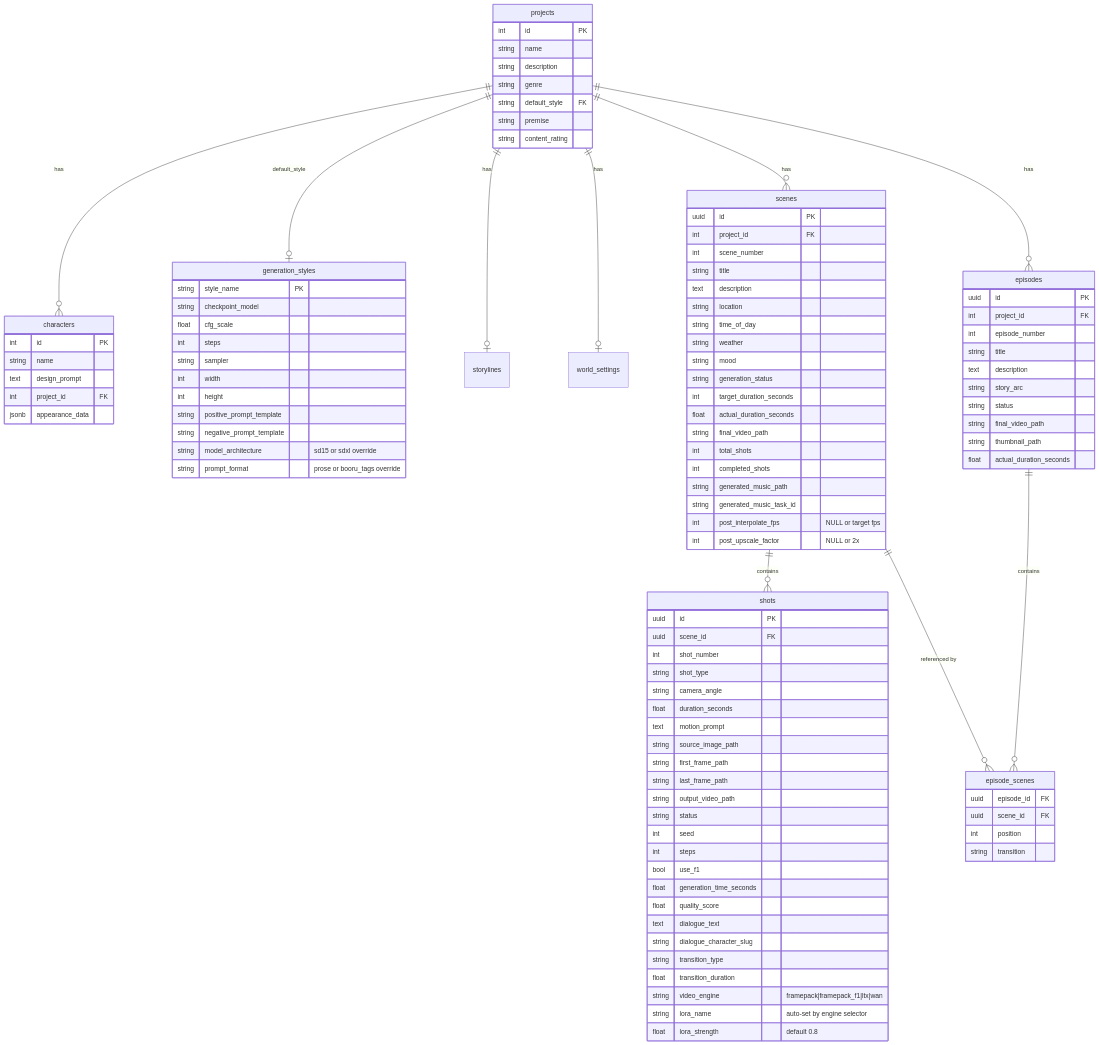
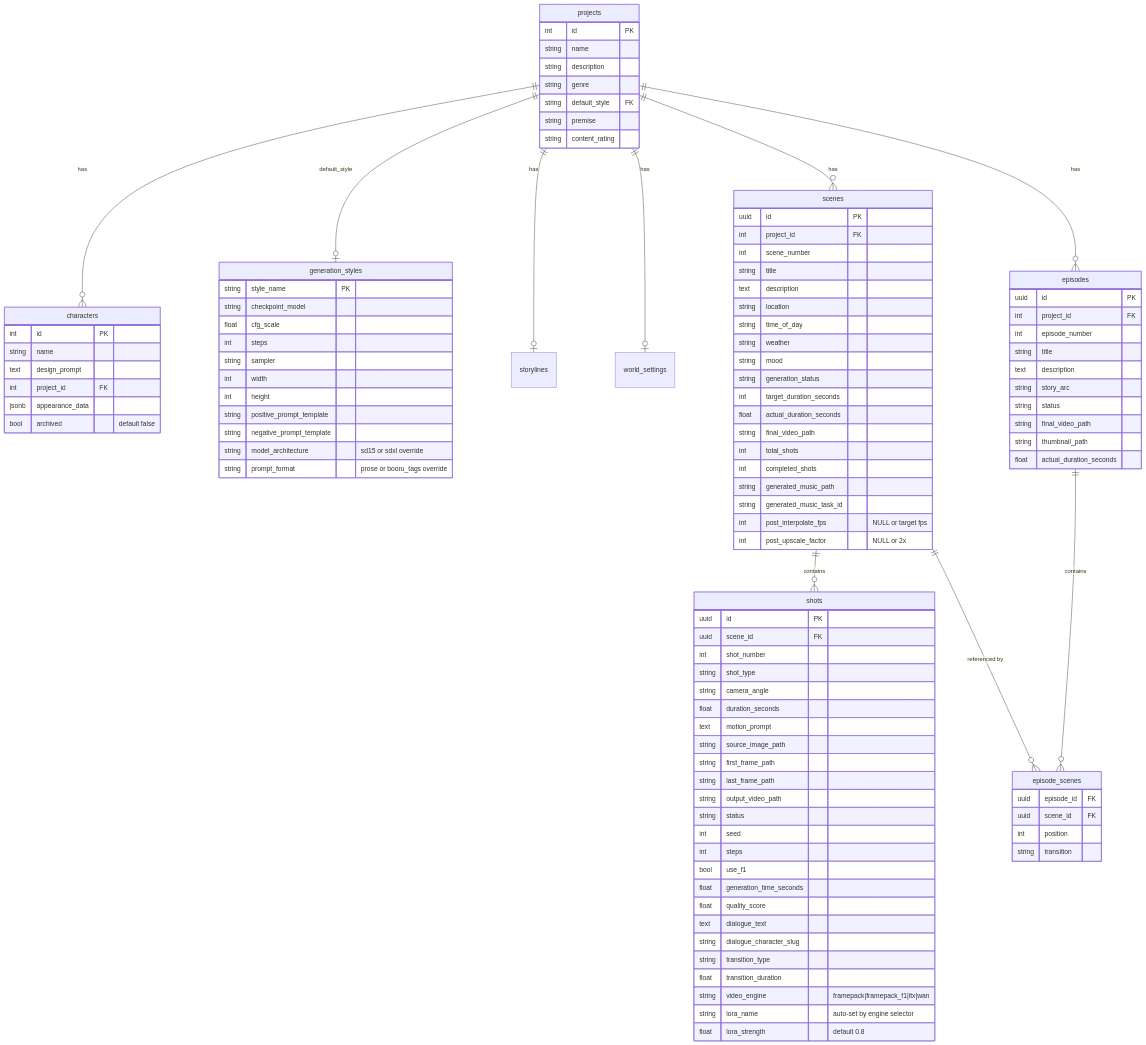
The second of 11 diagrams in ARCHITECTURE.md (pvestal/tower-anime-production), drawn with Mermaid before and after one commit. The commit also changed other lines of this file and 1 other file, not shown here.

First line of the commit message:
docs: update ARCHITECTURE.md for v0.3.6

```diff
--- a/ARCHITECTURE.md
+++ b/ARCHITECTURE.md
@@ -171,6 +172,7 @@
         text design_prompt
         int project_id FK
         jsonb appearance_data
+        bool archived "default false"
     }
 
     scenes {
```
